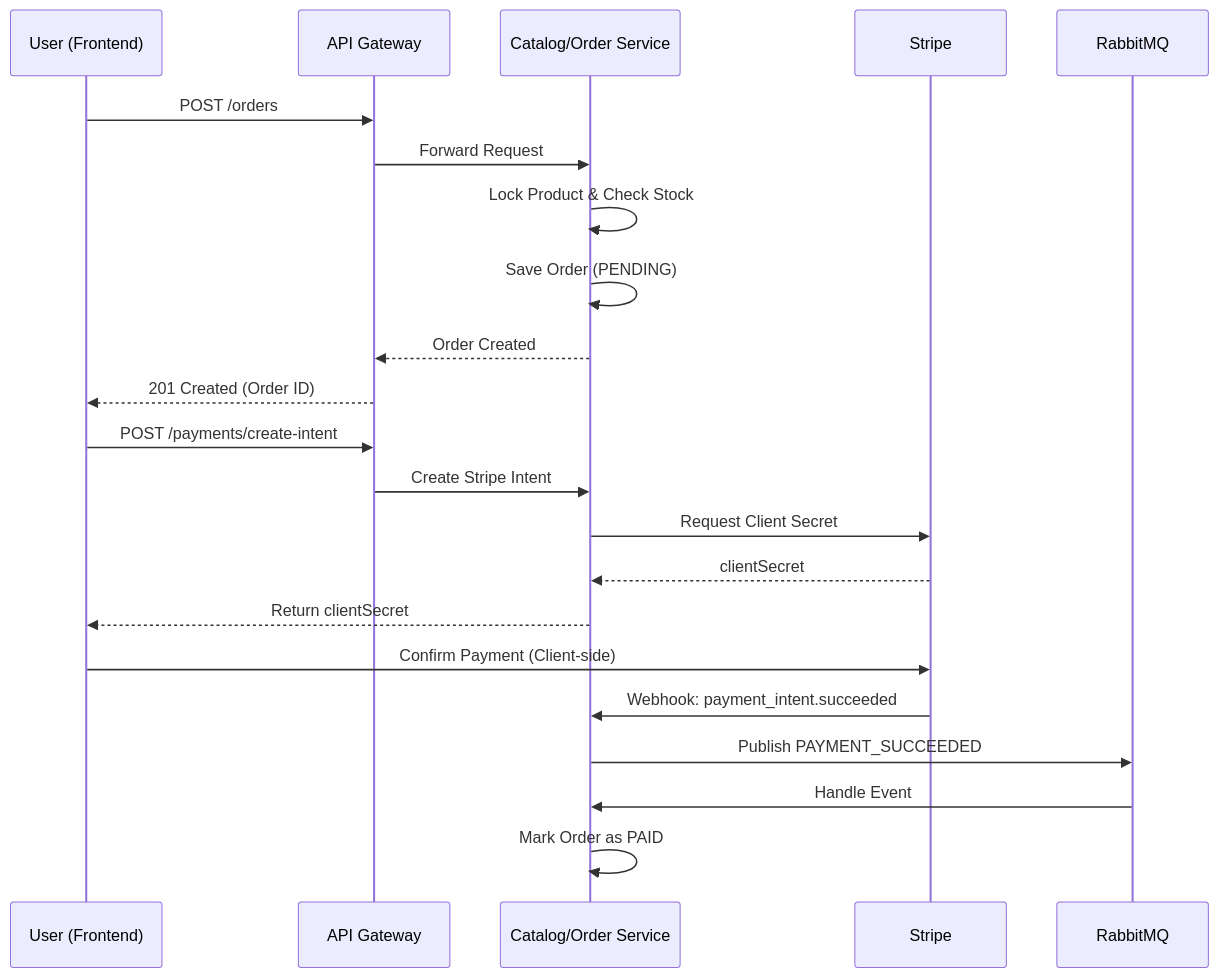
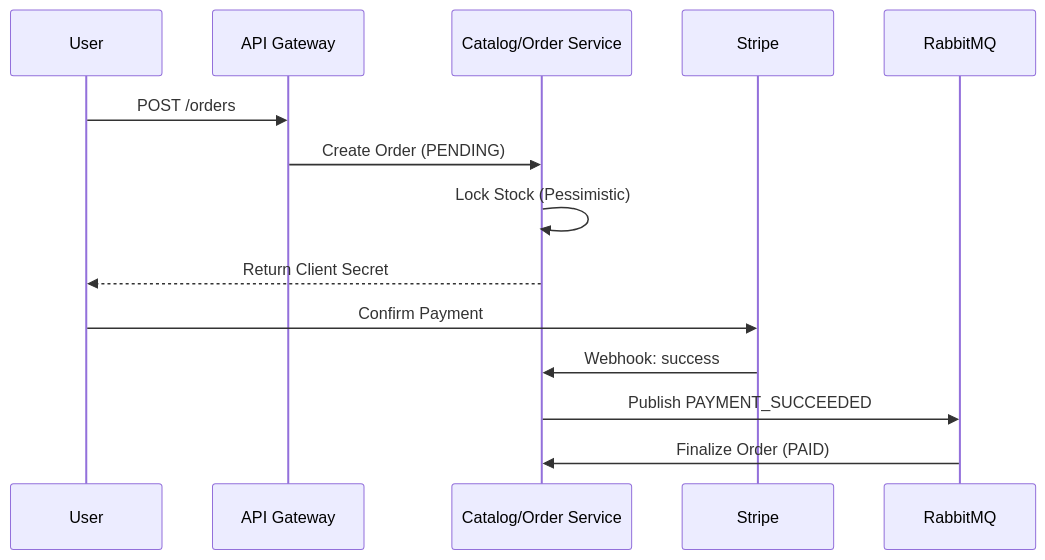
One commit to AmitxParmar/modular-mart-microservices changed the second of 2 diagrams in README.md. Above: the diagram before and after it, drawn with Mermaid. The commit also changed other lines of this file and 15 other files, not shown here.

````diff
--- a/README.md
+++ b/README.md
@@ -37,27 +71,18 @@
 ```mermaid
 sequenceDiagram
-    participant U as User (Frontend)
-    participant API as API Gateway
+    participant U as User
+    participant Gateway as API Gateway
     participant Order as Catalog/Order Service
     participant Stripe as Stripe
     participant RMQ as RabbitMQ
 
-    U->>API: POST /orders
-    API->>Order: Forward Request
-    Order->>Order: Lock Product & Check Stock
-    Order->>Order: Save Order (PENDING)
-    Order-->>API: Order Created
-    API-->>U: 201 Created (Order ID)
+    U->>Gateway: POST /orders
+    Gateway->>Order: Create Order (PENDING)
+    Order->>Order: Lock Stock (Pessimistic)
+    Order-->>U: Return Client Secret
     
-    U->>API: POST /payments/create-intent
-    API->>Order: Create Stripe Intent
-    Order->>Stripe: Request Client Secret
-    Stripe-->>Order: clientSecret
-    Order-->>U: Return clientSecret
-    
-    U->>Stripe: Confirm Payment (Client-side)
-    Stripe->>Order: Webhook: payment_intent.succeeded
+    U->>Stripe: Confirm Payment
+    Stripe->>Order: Webhook: success
     Order->>RMQ: Publish PAYMENT_SUCCEEDED
-    RMQ->>Order: Handle Event
-    Order->>Order: Mark Order as PAID
+    RMQ->>Order: Finalize Order (PAID)
 ```
````
